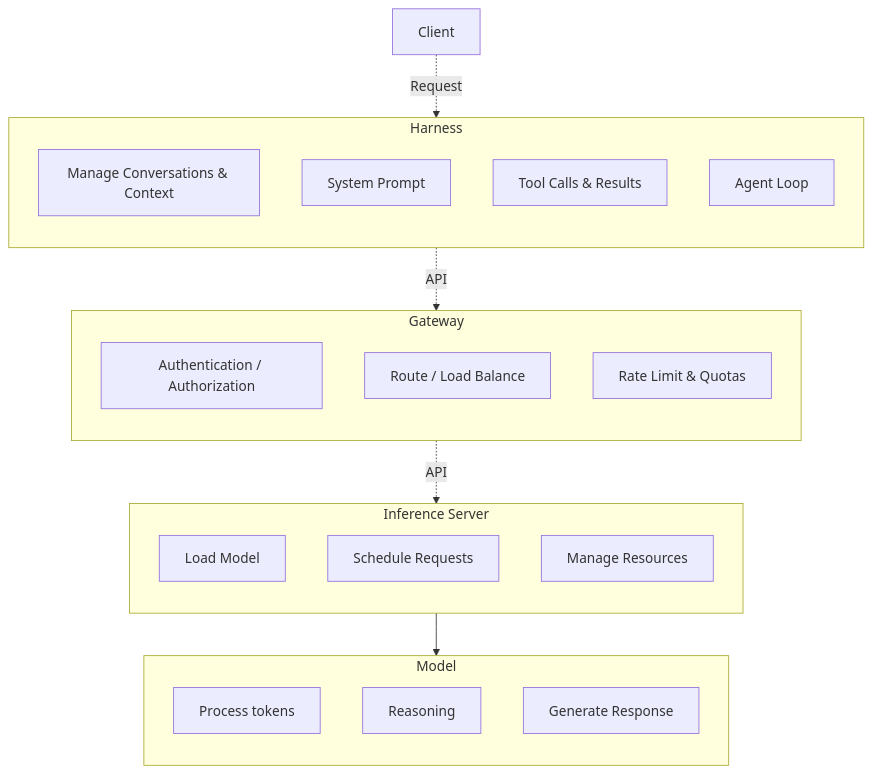
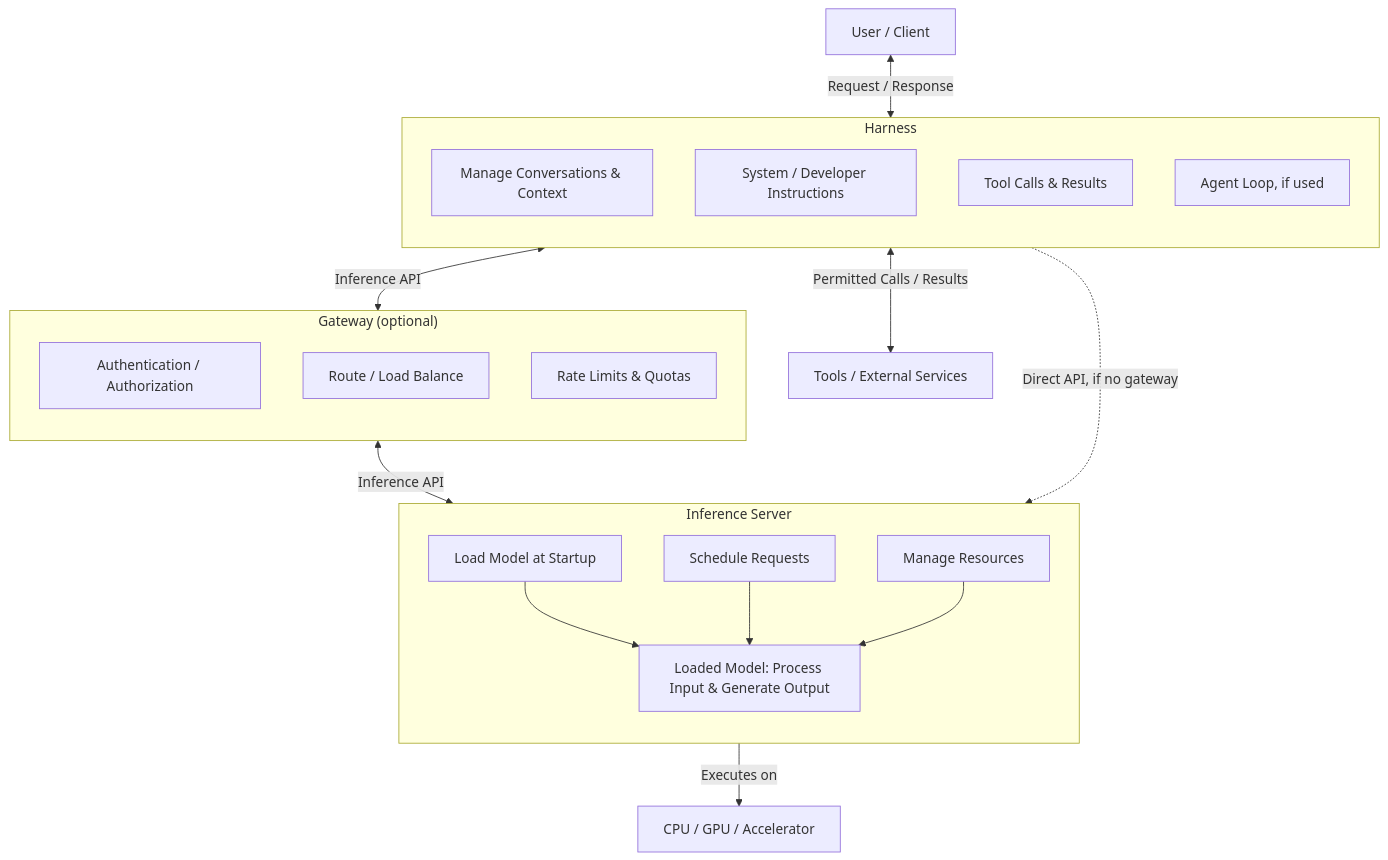
One commit to mcgheee/AI_02H changed the second of 2 diagrams in Lecture/01_AI_App_Stack/README.md. Above: the diagram before and after it, drawn with Mermaid. The commit also changed other lines of this file and 2 other files, not shown here.

````diff
--- a/Lecture/01_AI_App_Stack/README.md
+++ b/Lecture/01_AI_App_Stack/README.md
@@ -29,33 +104,35 @@
 ```mermaid
 flowchart TB
-  Client
+  Client["User / Client"]
   subgraph Harness["Harness"]
     direction TB
     h_man["Manage Conversations & Context"]
-    h_sp["System Prompt"]
+    h_sp["System / Developer Instructions"]
     h_tls["Tool Calls & Results"]
-    h_lp["Agent Loop"]
+    h_lp["Agent Loop, if used"]
   end
-  subgraph Gateway
+  subgraph Gateway["Gateway (optional)"]
     direction TB
     g_a["Authentication / Authorization"]
     g_r["Route / Load Balance"]
-    g_l["Rate Limit & Quotas"]
+    g_l["Rate Limits & Quotas"]
   end
   subgraph Server["Inference Server"]
     direction TB
-    s_l["Load Model"]
+    s_l["Load Model at Startup"]
     s_s["Schedule Requests"]
     s_m["Manage Resources"]
+    Model["Loaded Model: Process Input & Generate Output"]
   end
-  subgraph Model["Model"]
-    direction TB
-    m_p["Process tokens"]
-    m_r["Reasoning"]
-    m_g["Generate Response"]
-  end
-  Client -. Request .-> Harness
-  Harness -. API .-> Gateway
-  Gateway -. API .-> Server
-  Server --> Model
+  Hardware["CPU / GPU / Accelerator"]
+  Tools["Tools / External Services"]
+  Client <-->|Request / Response| Harness
+  Harness <-->|Inference API| Gateway
+  Gateway <-->|Inference API| Server
+  Harness -. Direct API, if no gateway .-> Server
+  s_l --> Model
+  s_s --> Model
+  s_m --> Model
+  Model -->|Executes on| Hardware
+  Harness <-->|Permitted Calls / Results| Tools
 ```
````
